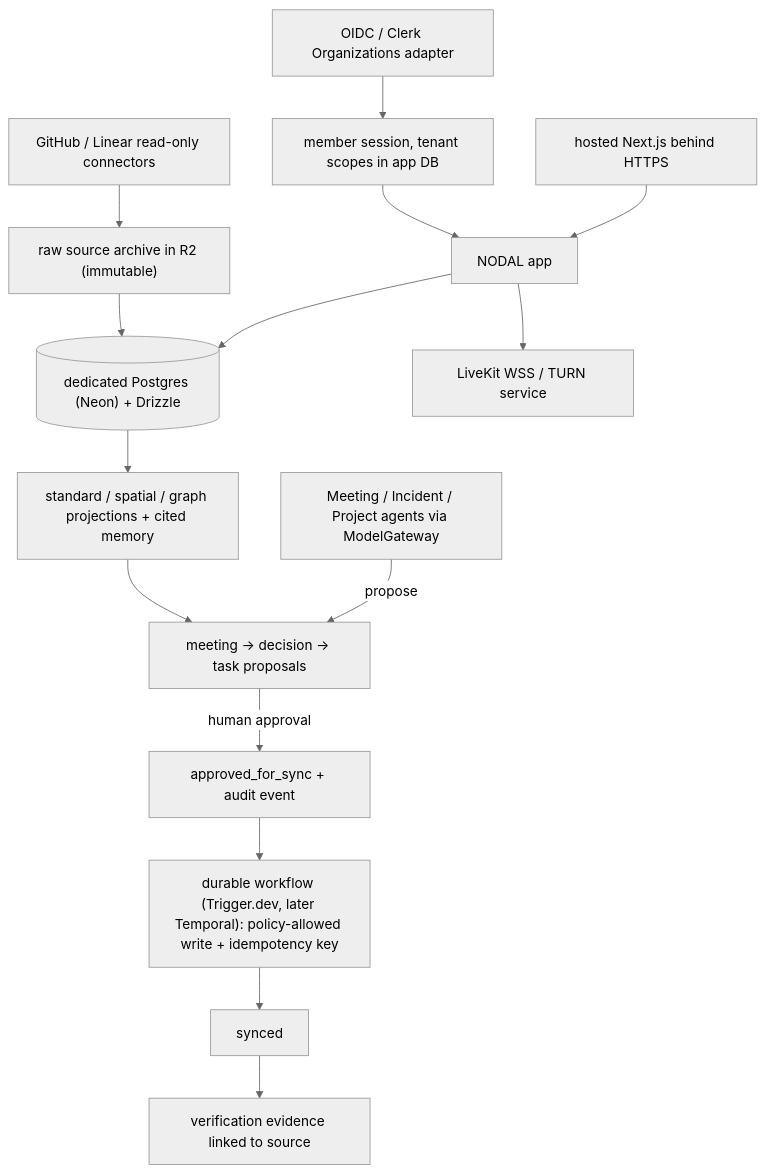
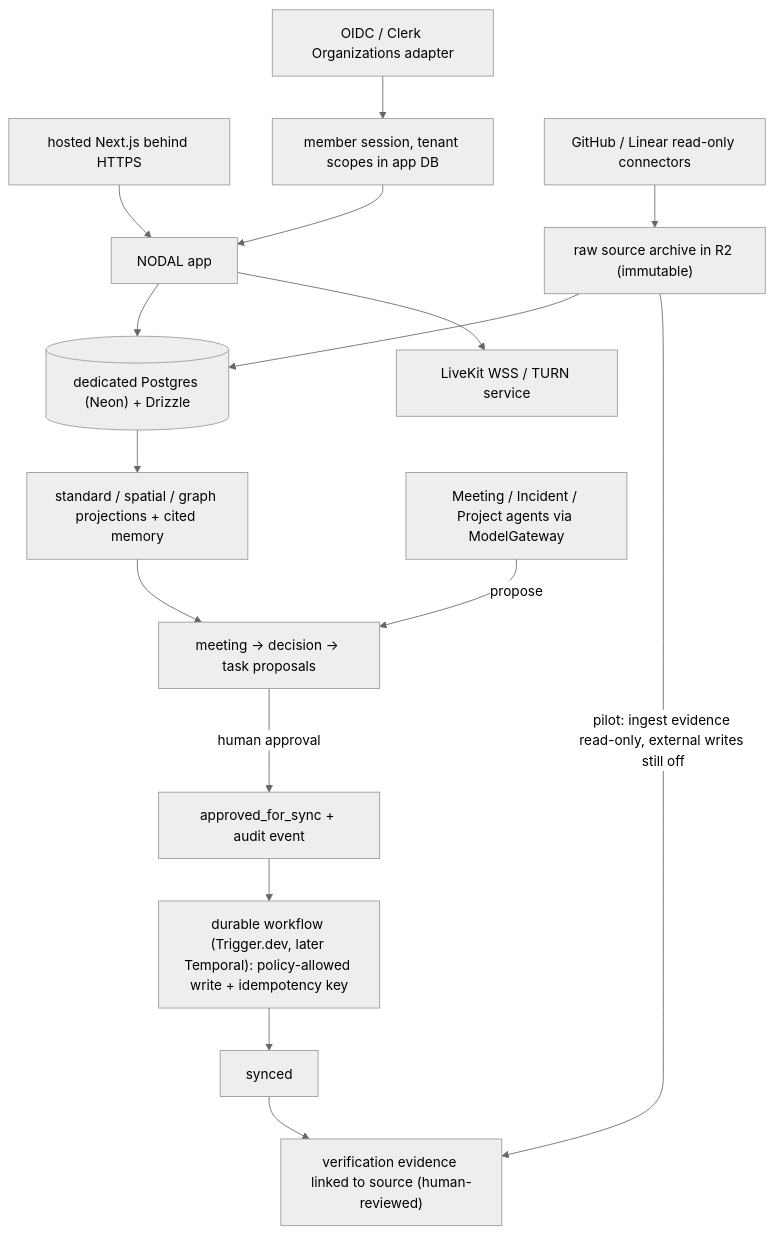
One commit to bookchaowalit/workplace-nodal changed the second of 2 diagrams in docs/diagrams/01-business-process.md. Above: the diagram before and after it, drawn with Mermaid (neutral theme). The commit also changed other lines of this file, not shown here.

````diff
--- a/docs/diagrams/01-business-process.md
+++ b/docs/diagrams/01-business-process.md
@@ -44,17 +57,18 @@
 ```mermaid
 flowchart TD
   OP["hosted Next.js behind HTTPS"] --> APP["NODAL app"]
   APP --> DB[("dedicated Postgres (Neon) + Drizzle")]
   APP --> LK["LiveKit WSS / TURN service"]
   ID["OIDC / Clerk Organizations adapter"] --> SESS["member session, tenant scopes in app DB"]
   SESS --> APP
   SRC["GitHub / Linear read-only connectors"] --> RAW["raw source archive in R2 (immutable)"]
   RAW --> DB
   DB --> PROJ["standard / spatial / graph projections + cited memory"]
   AG["Meeting / Incident / Project agents via ModelGateway"] -->|"propose"| DEC["meeting → decision → task proposals"]
   PROJ --> DEC
   DEC -->|"human approval"| APPR["approved_for_sync + audit event"]
   APPR --> WF["durable workflow (Trigger.dev, later Temporal): policy-allowed write + idempotency key"]
   WF --> SYNC["synced"]
-  SYNC --> VER["verification evidence linked to source"]
+  RAW -->|"pilot: ingest evidence read-only, external writes still off"| VER["verification evidence linked to source (human-reviewed)"]
+  SYNC --> VER
 ```
````
